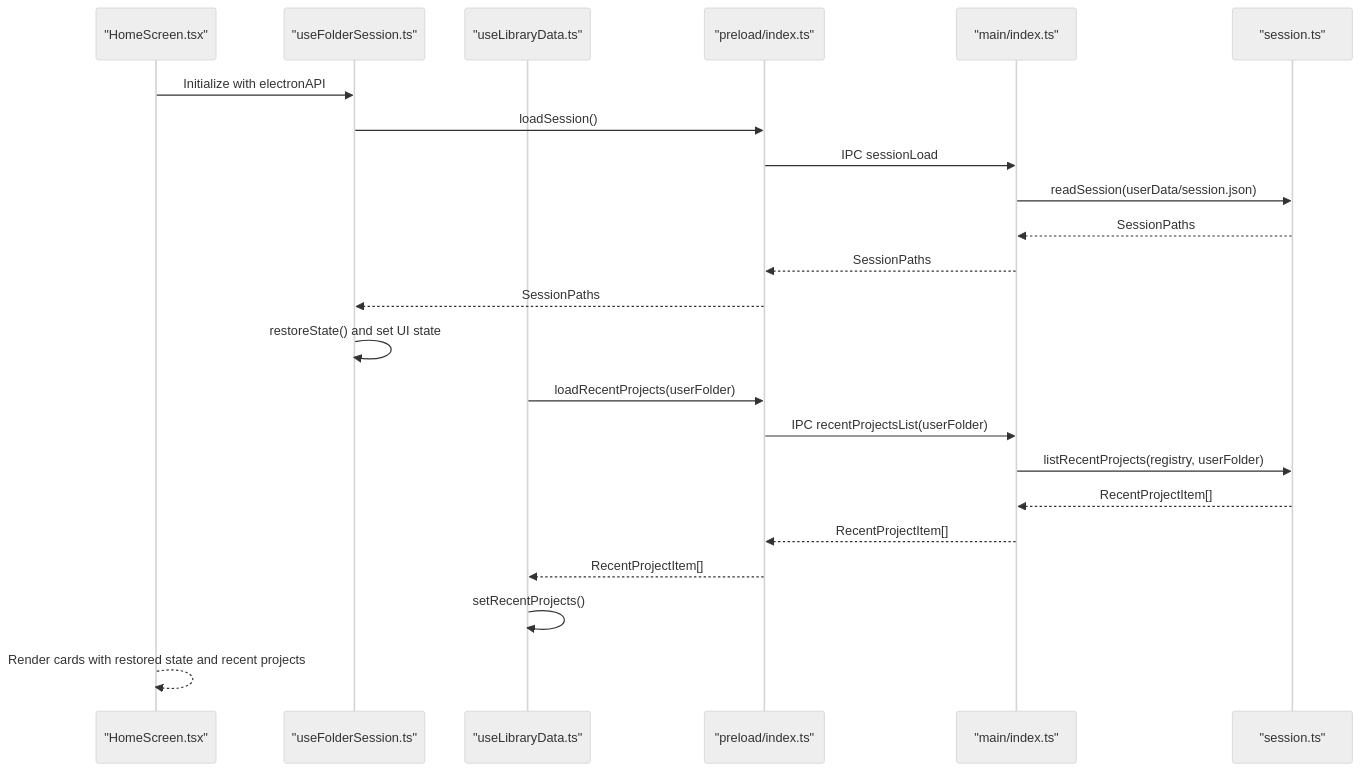
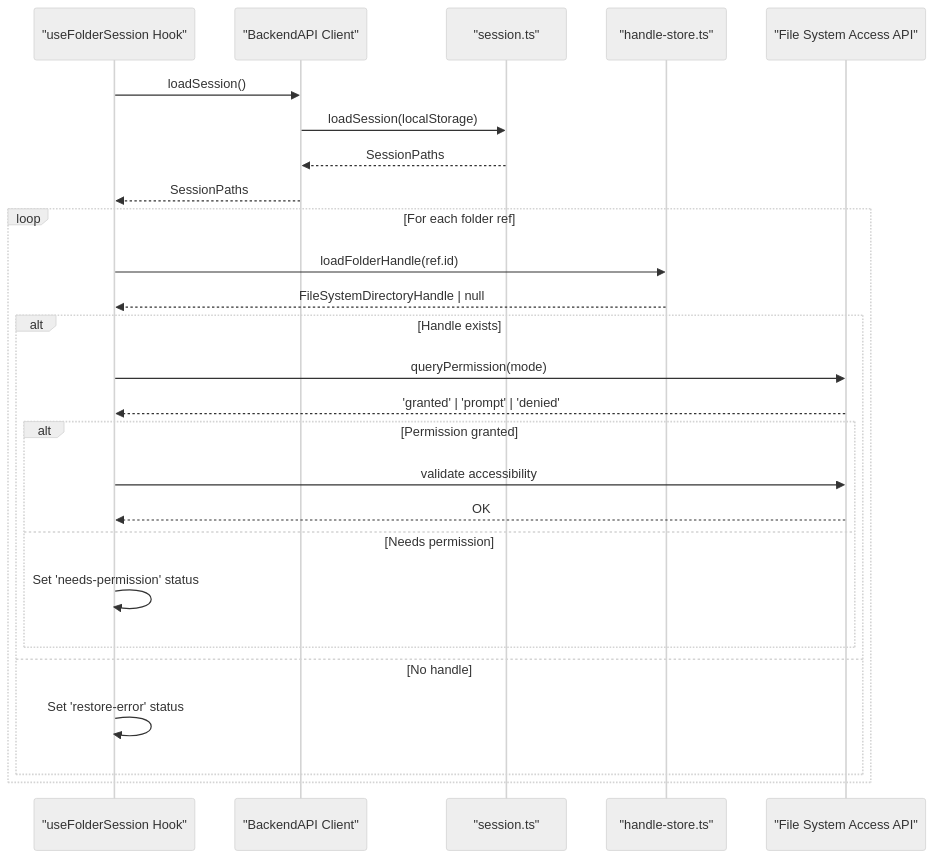
The second of 4 diagrams in .qoder/repowiki/en/content/Session Management.md (satyrlord/mixjam-electron), drawn with Mermaid (neutral theme) before and after one commit. The commit also changed other lines of this file and 51 other files, not shown here.

````diff
--- a/.qoder/repowiki/en/content/Session Management.md
+++ b/.qoder/repowiki/en/content/Session Management.md
@@ -119,25 +121,28 @@
 ```mermaid
 sequenceDiagram
-participant UI as "HomeScreen.tsx"
-participant Hook as "useFolderSession.ts"
-participant Library as "useLibraryData.ts"
-participant Preload as "preload/index.ts"
-participant Main as "main/index.ts"
-participant FS as "session.ts"
-UI->>Hook : Initialize with electronAPI
-Hook->>Preload : loadSession()
-Preload->>Main : IPC sessionLoad
-Main->>FS : readSession(userData/session.json)
-FS-->>Main : SessionPaths
-Main-->>Preload : SessionPaths
-Preload-->>Hook : SessionPaths
-Hook->>Hook : restoreState() and set UI state
-Library->>Preload : loadRecentProjects(userFolder)
-Preload->>Main : IPC recentProjectsList(userFolder)
-Main->>FS : listRecentProjects(registry, userFolder)
-FS-->>Main : RecentProjectItem[]
-Main-->>Preload : RecentProjectItem[]
-Preload-->>Library : RecentProjectItem[]
-Library->>Library : setRecentProjects()
-UI-->>UI : Render cards with restored state and recent projects
+participant UI as "useFolderSession Hook"
+participant Backend as "BackendAPI Client"
+participant Session as "session.ts"
+participant Store as "handle-store.ts"
+participant FS as "File System Access API"
+UI->>Backend : loadSession()
+Backend->>Session : loadSession(localStorage)
+Session-->>Backend : SessionPaths
+Backend-->>UI : SessionPaths
+loop For each folder ref
+UI->>Store : loadFolderHandle(ref.id)
+Store-->>UI : FileSystemDirectoryHandle | null
+alt Handle exists
+UI->>FS : queryPermission(mode)
+FS-->>UI : 'granted' | 'prompt' | 'denied'
+alt Permission granted
+UI->>FS : validate accessibility
+FS-->>UI : OK
+else Needs permission
+UI->>UI : Set 'needs-permission' status
+end
+else No handle
+UI->>UI : Set 'restore-error' status
+end
+end
 ```
````
